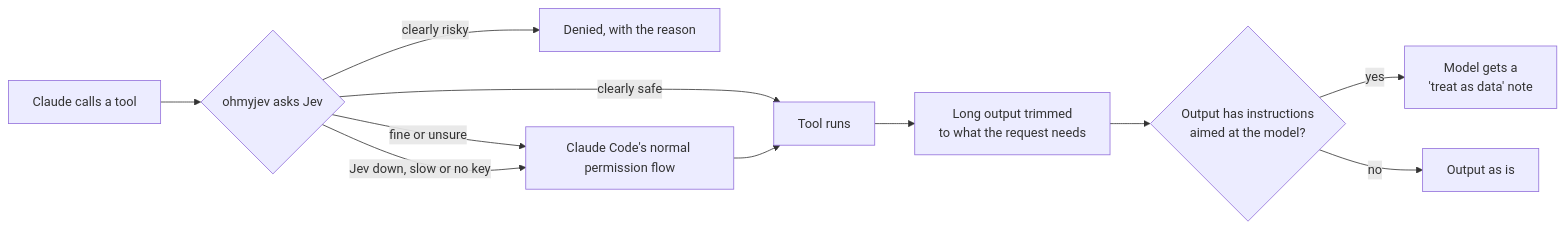
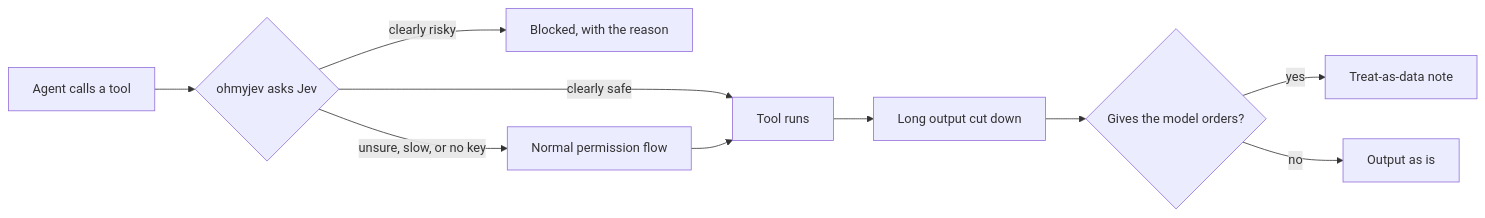
One commit to Novacon/ohmyjev changed the diagram in README.md. Above: the diagram before and after it, drawn with Mermaid. The commit also changed other lines of this file and 2 other files, not shown here.

````diff
--- a/README.md
+++ b/README.md
@@ -101,13 +98,11 @@
 ```mermaid
 flowchart LR
-    A[Claude calls a tool] --> B{ohmyjev asks Jev}
-    B -- clearly risky --> C[Denied, with the reason]
-    B -- clearly safe --> E
-    B -- fine or unsure --> D[Claude Code's normal permission flow]
-    B -- Jev down, slow or no key --> D
-    D --> E[Tool runs]
-    E --> T[Long output trimmed<br>to what the request needs]
-    T --> F{Output has instructions<br>aimed at the model?}
-    F -- yes --> G[Model gets a<br>'treat as data' note]
+    A[Agent calls a tool] --> B{ohmyjev asks Jev}
+    B -- clearly risky --> C[Blocked, with the reason]
+    B -- clearly safe --> E[Tool runs]
+    B -- unsure, slow, or no key --> D[Normal permission flow] --> E
+    E --> T[Long output cut down]
+    T --> F{Gives the model orders?}
+    F -- yes --> G[Treat-as-data note]
     F -- no --> H[Output as is]
 ```
````
